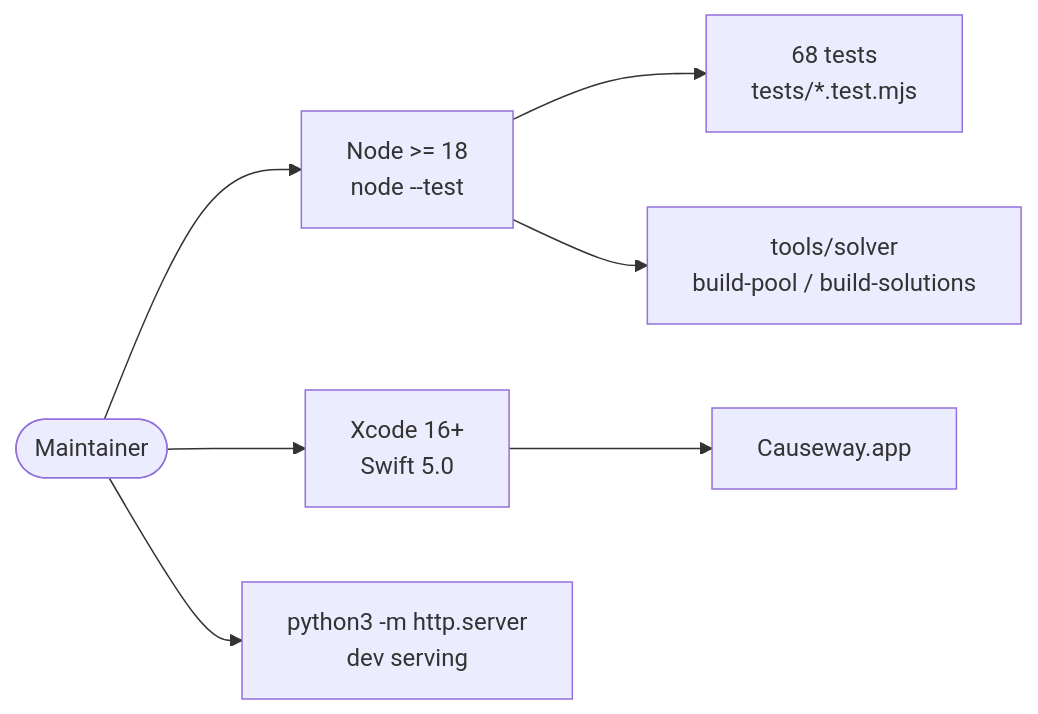
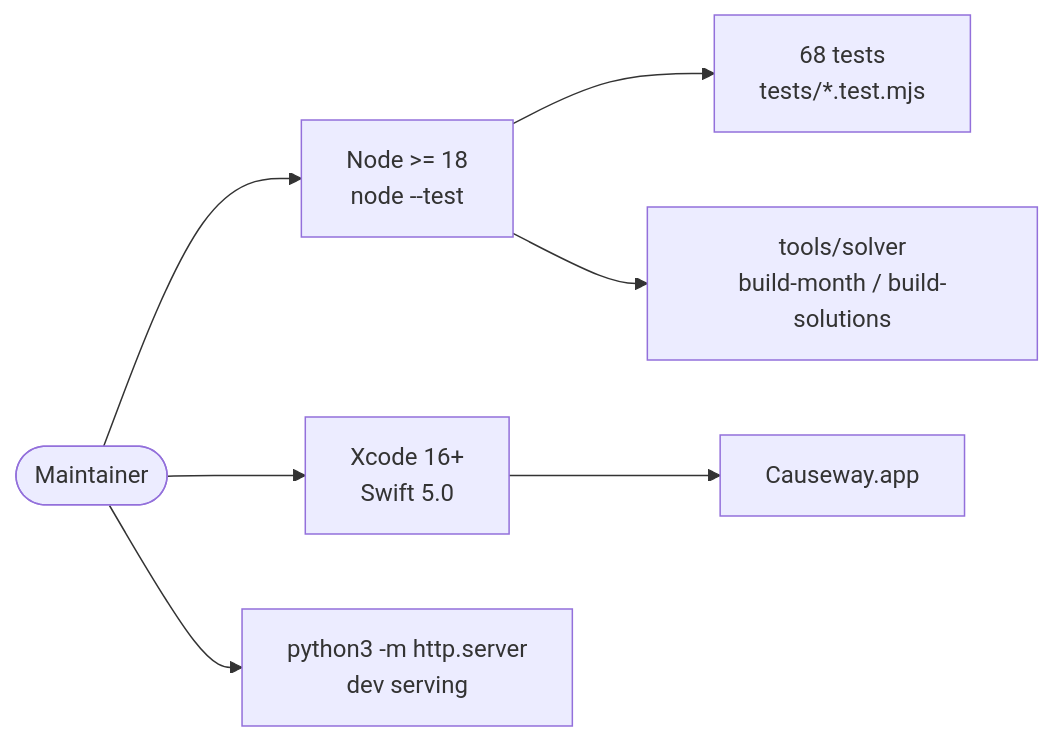
The second of 6 diagrams in docs/architecture/overview.md (peterlit/cardgame), drawn with Mermaid before and after one commit. The commit also changed other lines of this file and 1 other file, not shown here.

First line of the commit message:
docs: bring the architecture docs onto the recut daily system

````diff
--- a/docs/architecture/overview.md
+++ b/docs/architecture/overview.md
@@ -82,14 +82,14 @@
 ```mermaid
 flowchart LR
     Dev(["Maintainer"])
     Node["Node >= 18<br/>node --test"]
     Xcode["Xcode 16+<br/>Swift 5.0"]
     Py["python3 -m http.server<br/>dev serving"]
 
     Dev --> Node
     Dev --> Xcode
     Dev --> Py
     Node --> Tests["68 tests<br/>tests/*.test.mjs"]
-    Node --> Solver["tools/solver<br/>build-pool / build-solutions"]
+    Node --> Solver["tools/solver<br/>build-month / build-solutions"]
     Xcode --> IPA["Causeway.app"]
 ```
````
